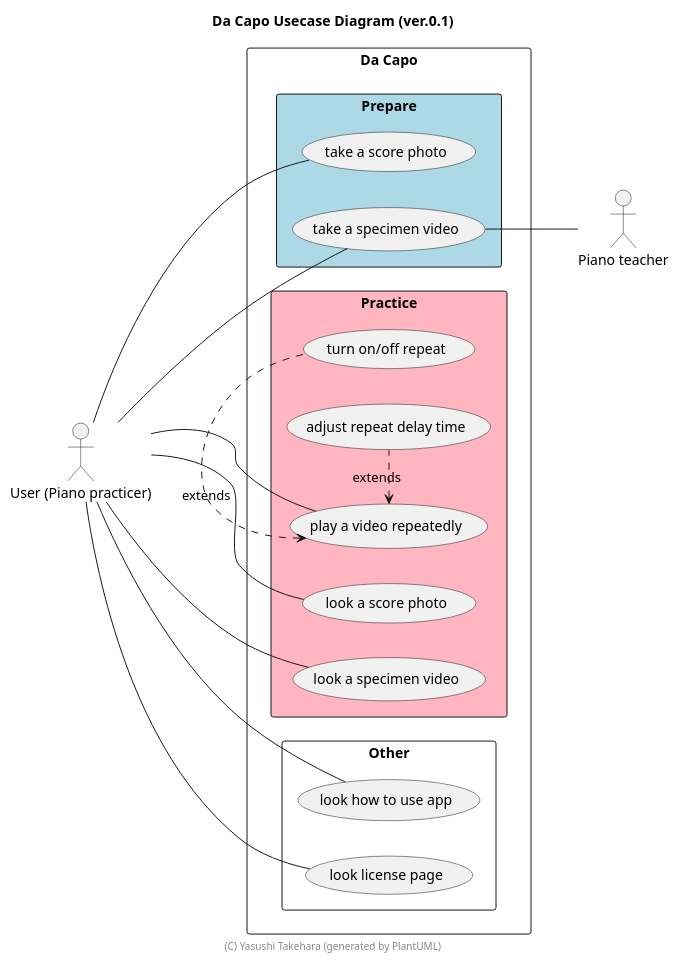
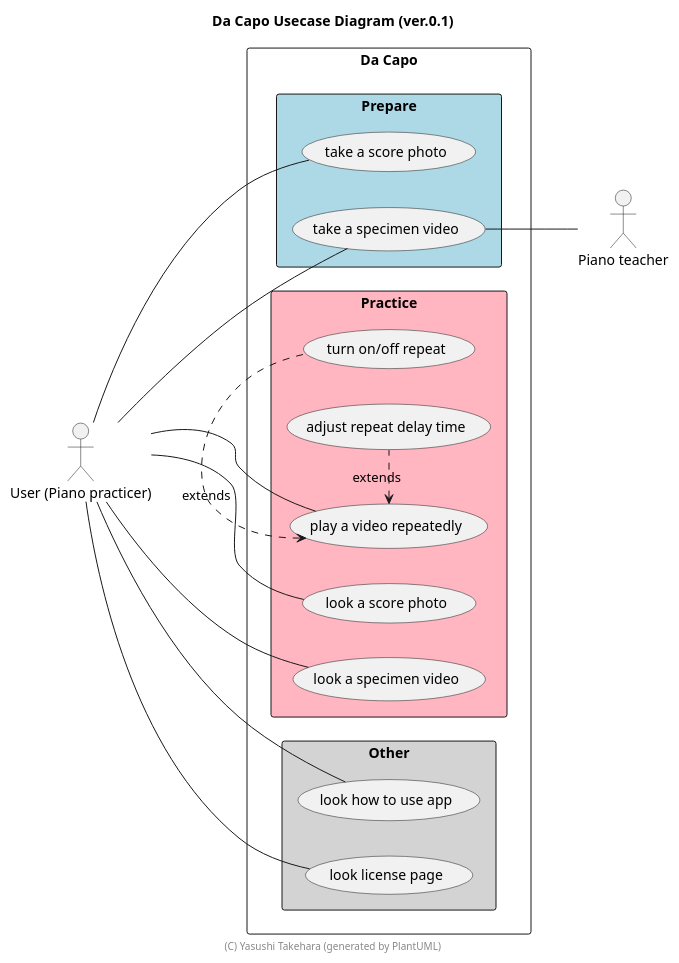
Before and after one commit to yasushitakehara/dacapo: the diagram in spec/usecase.puml, drawn with PlantUML. The commit also changed 1 other file, not shown here.

```diff
--- a/spec/usecase.puml
+++ b/spec/usecase.puml
@@ -1,26 +1,26 @@
 @startuml
 title Da Capo Usecase Diagram (ver.0.1)
-footer (C) Yasushi Takehara (generated by PlantUML)
 left to right direction
 skinparam packageStyle rectangle
 actor "User (Piano practicer)" as user
 actor "Piano teacher" as pt
 rectangle "Da Capo" {
   package "Prepare" #LightBlue{
     user -- (take a score photo)
     user -- (take a specimen video)
     (take a specimen video) -- pt
   }
   package "Practice" #LightPink{
     user -- (play a video repeatedly)
     (play a video repeatedly) <. (adjust repeat delay time) : extends
     (play a video repeatedly) <. (turn on/off repeat) : extends
     user -- (look a score photo)
     user -- (look a specimen video)
   }
-  package "Other" {
+  package "Other" #LightGray{
     user -- (look how to use app)
     user -- (look license page)
   }
 }
+footer (C) Yasushi Takehara (generated by PlantUML)
 @enduml
```
